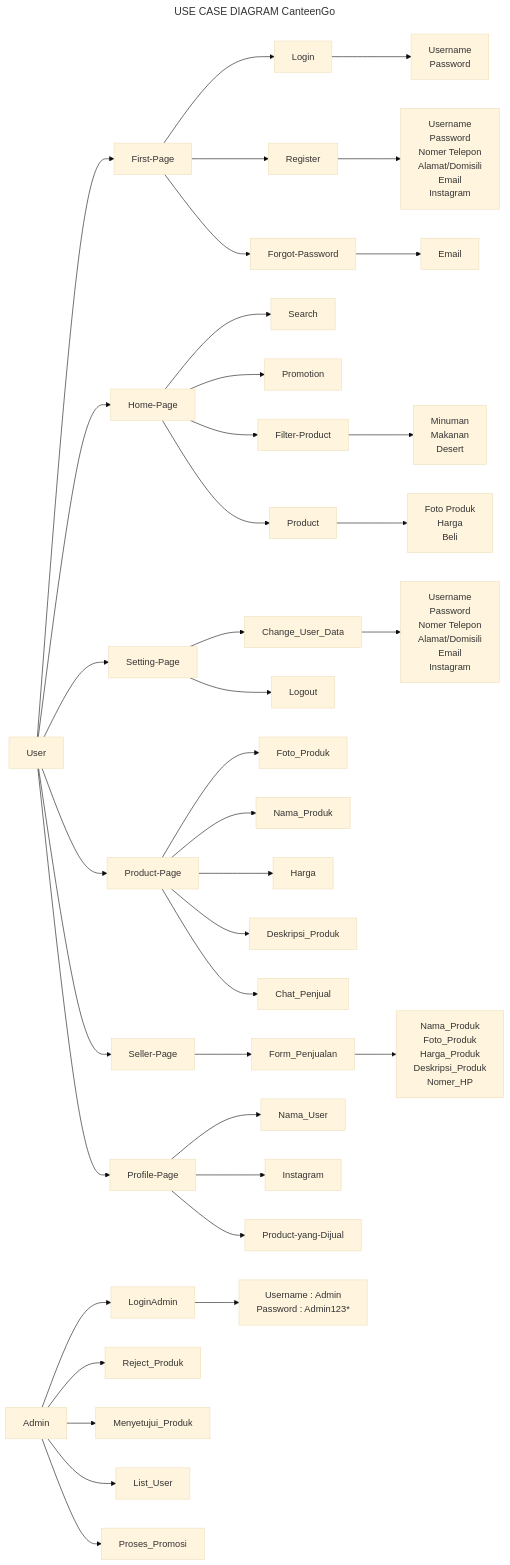
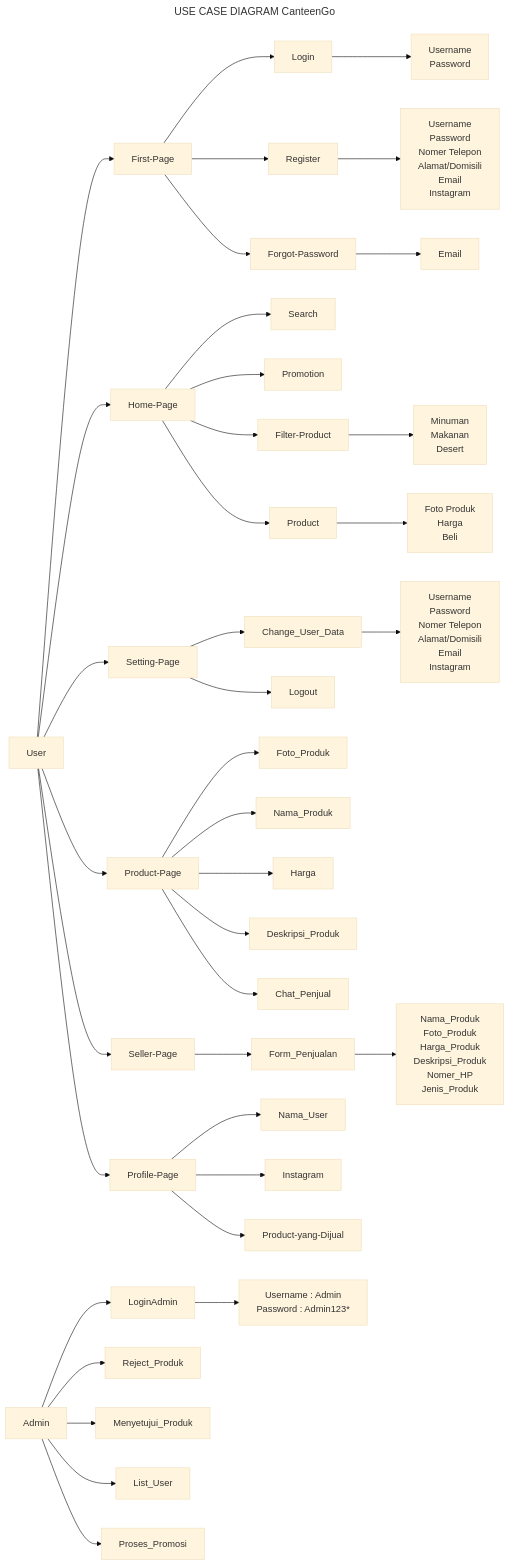
Before and after one commit to dzikriii24/CanteenGo: the first of 3 diagrams in README.md, drawn with Mermaid (base theme). The commit also changed other lines of this file, not shown here.

```diff
--- a/README.md
+++ b/README.md
@@ -184,6 +184,7 @@
         Harga_Produk
         Deskripsi_Produk
         Nomer_HP
+        Jenis_Produk
     ]
 
 
```
